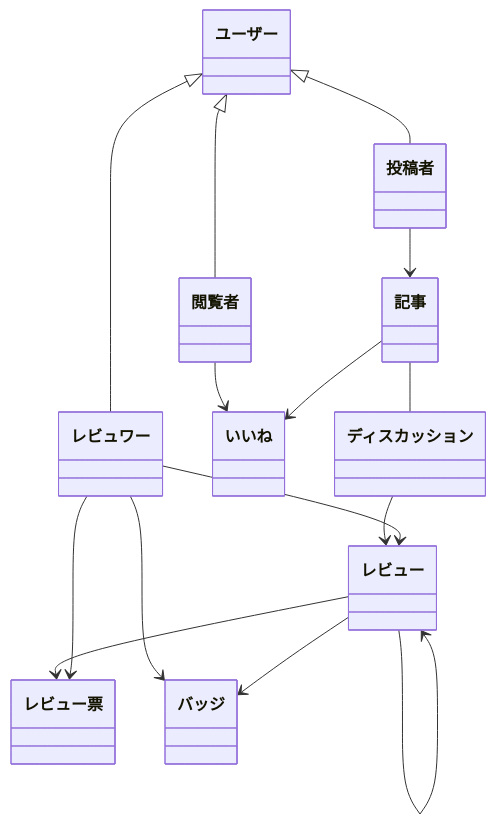
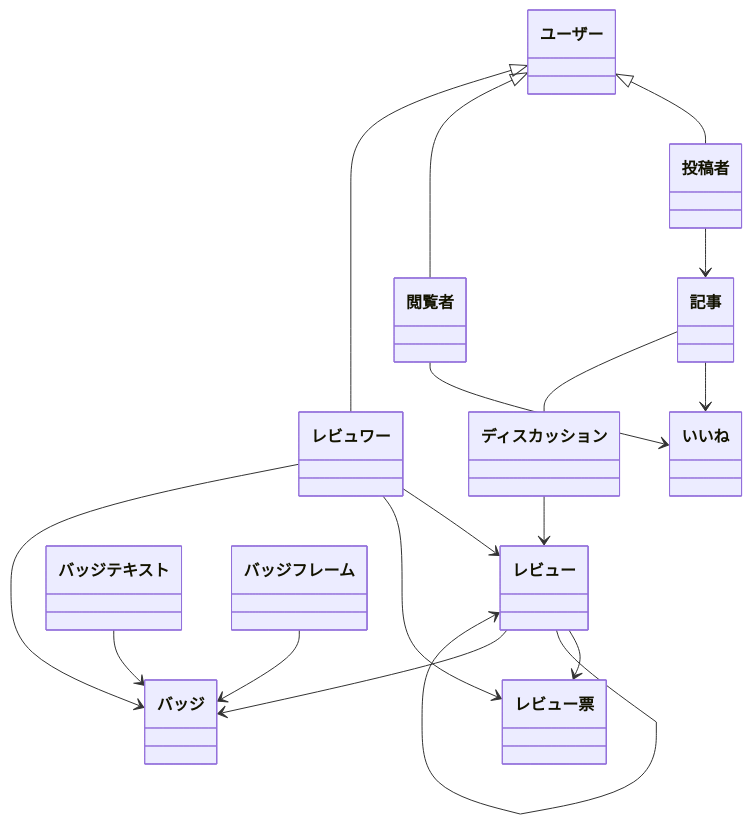
The diagram in db/概念モデル図.md (Potato-Gratin/TechPad), drawn with Mermaid before and after one commit. The commit also changed 1 other file, not shown here.

Commit message:
概要モデル バッジテキスト バッジフレーム Co-authored-by: yotu <ulxsth@users.noreply.github.com>

````diff
--- a/db/概念モデル図.md
+++ b/db/概念モデル図.md
@@ -1,28 +1,19 @@
 ```mermaid
 classDiagram
   ユーザー <|-- 投稿者
   ユーザー <|-- 閲覧者
   ユーザー <|-- レビュワー
   投稿者 --> 記事
   閲覧者 --> いいね
   記事 --> いいね
   記事 -- ディスカッション
   ディスカッション --> レビュー
   レビュワー --> レビュー
   レビュー --> レビュー票
   レビュワー --> レビュー票
   レビュー --> レビュー
   レビュワー --> バッジ
   レビュー --> バッジ
-
-  class ユーザー
-  class 投稿者
-  class 閲覧者
-  class 記事
-  class いいね
-  class ディスカッション
-  class レビュー
-  class レビュワー
-  class レビュー票
-  class バッジ
+  バッジテキスト --> バッジ
+  バッジフレーム --> バッジ
 ```
````
